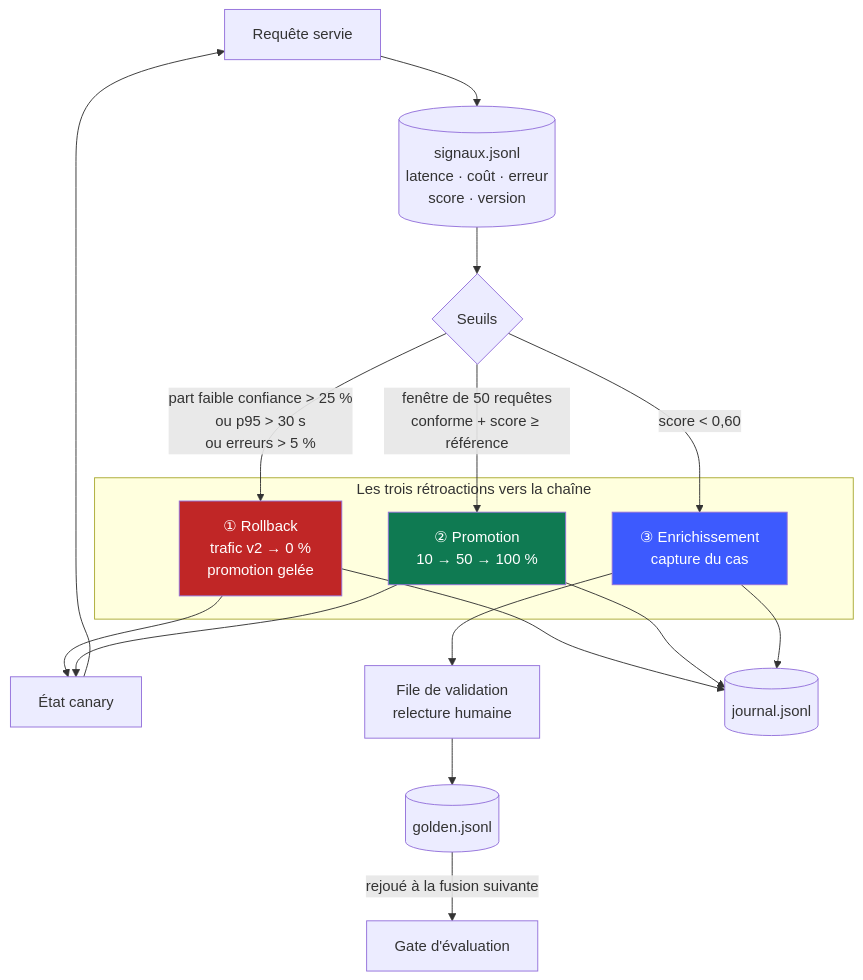
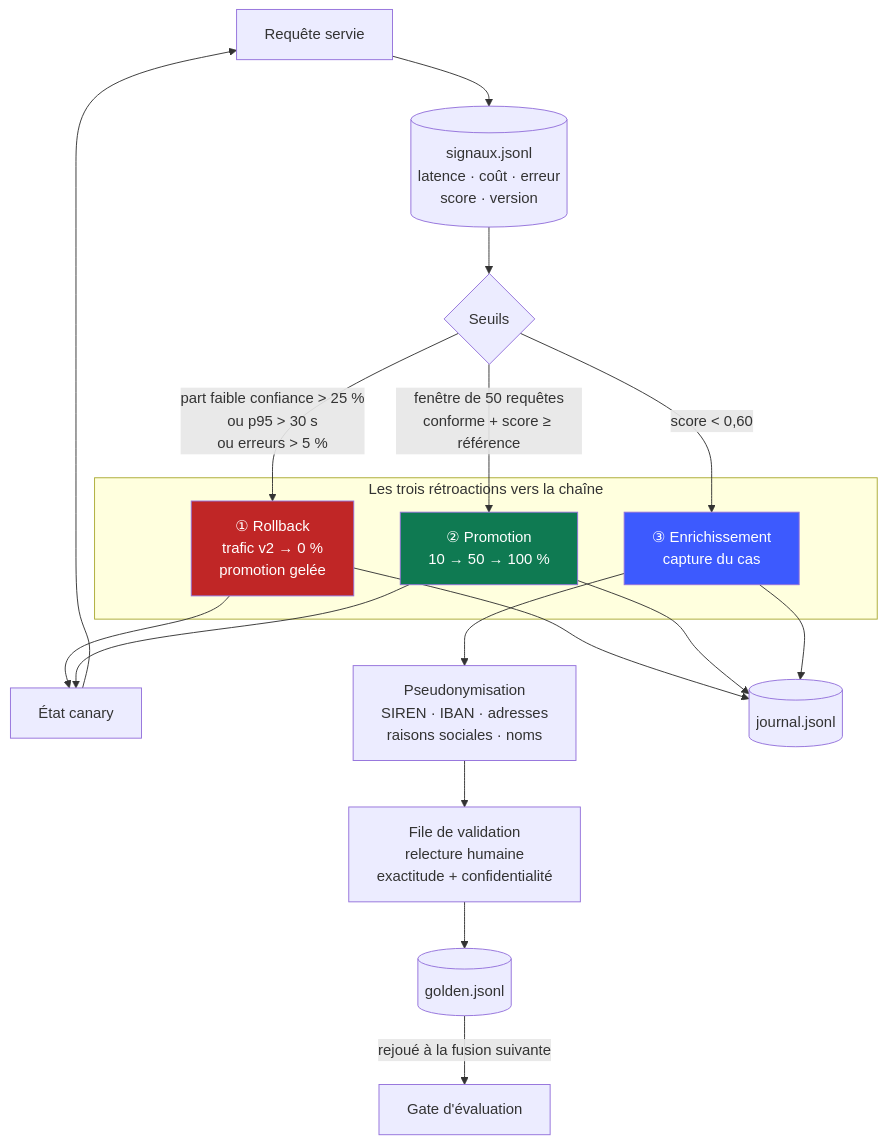
Before and after one commit to M-CHADLI/mardik-analyse-contrats: the second of 2 diagrams in docs/dossier-de-conception.md, drawn with Mermaid. The commit also changed other lines of this file and 8 other files, not shown here.

````diff
--- a/docs/dossier-de-conception.md
+++ b/docs/dossier-de-conception.md
@@ -173,31 +268,32 @@
 ```mermaid
 flowchart TB
     R[Requête servie] --> S[(signaux.jsonl<br/>latence · coût · erreur<br/>score · version)]
 
     S --> T{Seuils}
 
     T -->|part faible confiance > 25 %<br/>ou p95 > 30 s<br/>ou erreurs > 5 %| B1
     T -->|fenêtre de 50 requêtes<br/>conforme + score ≥ référence| B2
     T -->|score < 0,60| B3
 
     subgraph BOUCLES[Les trois rétroactions vers la chaîne]
         B1[① Rollback<br/>trafic v2 → 0 %<br/>promotion gelée]
         B2[② Promotion<br/>10 → 50 → 100 %]
         B3[③ Enrichissement<br/>capture du cas]
     end
 
     B1 --> C[État canary]
     B2 --> C
-    B3 --> V[File de validation<br/>relecture humaine]
+    B3 --> P[Pseudonymisation<br/>SIREN · IBAN · adresses<br/>raisons sociales · noms]
+    P --> V[File de validation<br/>relecture humaine<br/>exactitude + confidentialité]
     V --> GOLD[(golden.jsonl)]
     GOLD -->|rejoué à la fusion suivante| GATE[Gate d'évaluation]
 
     B1 --> J[(journal.jsonl)]
     B2 --> J
     B3 --> J
     C --> R
 
     style B1 fill:#c02626,color:#fff
     style B2 fill:#0f7a52,color:#fff
     style B3 fill:#3d5afe,color:#fff
 ```
````
